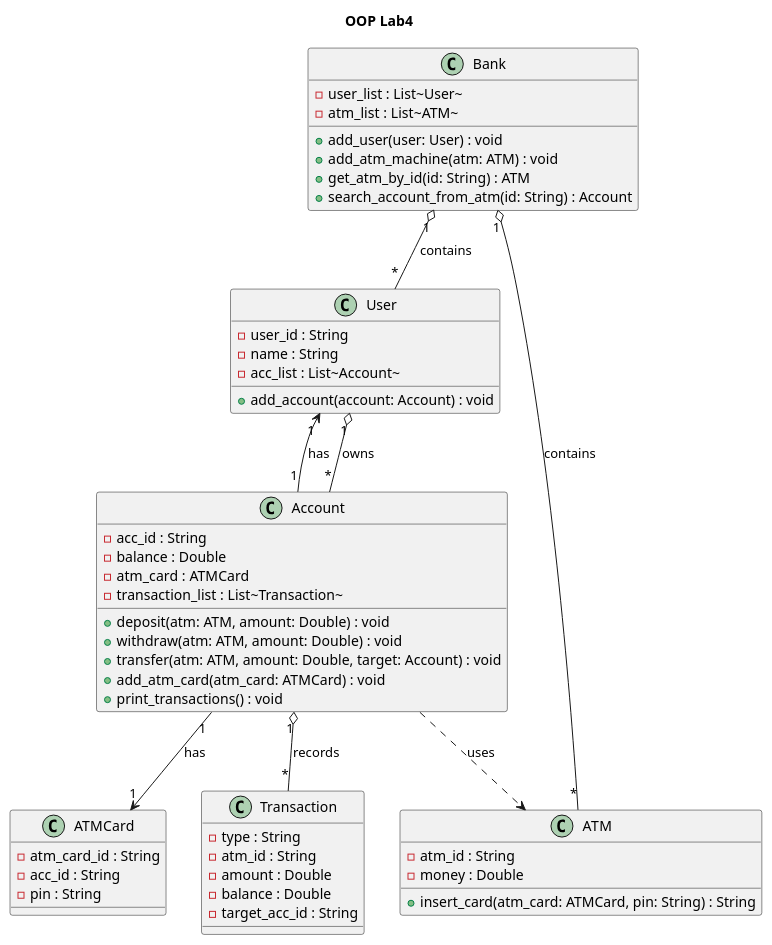
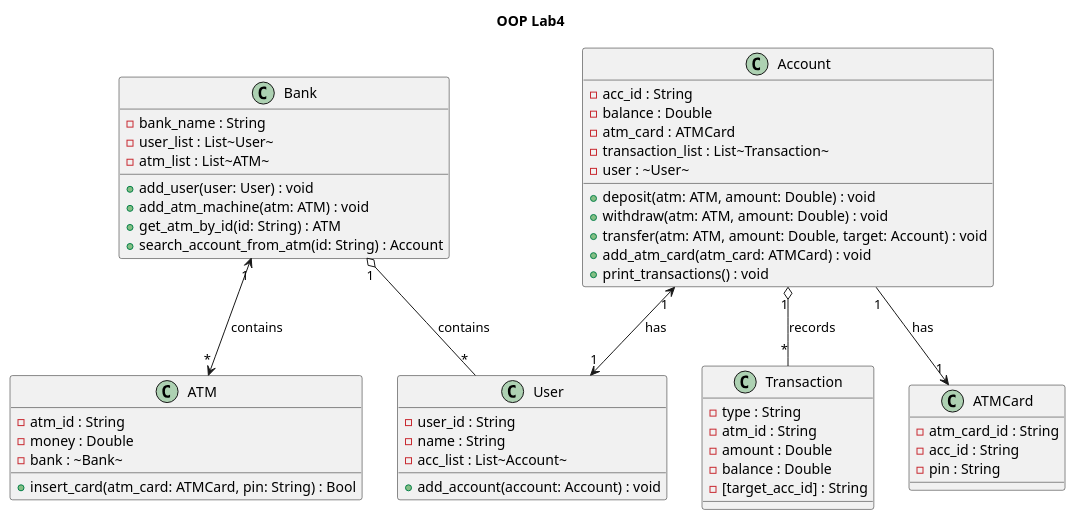
The diagram in Lab #4 Class Diagram/diagram.puml (WaroonRagwongsiri/OOP), drawn with PlantUML before and after one commit. The commit also changed 1 other file, not shown here.

```diff
--- a/Lab #4 Class Diagram/diagram.puml
+++ b/Lab #4 Class Diagram/diagram.puml
@@ -1,66 +1,66 @@
 @startuml OOP Lab4
 title OOP Lab4
 
 class Bank
 {
+	- bank_name : String
 	- user_list : List~User~
 	- atm_list : List~ATM~
 	+ add_user(user: User) : void
 	+ add_atm_machine(atm: ATM) : void
 	+ get_atm_by_id(id: String) : ATM
 	+ search_account_from_atm(id: String) : Account
 }
 
 class User
 {
 	- user_id : String
 	- name : String
 	- acc_list : List~Account~
 	+ add_account(account: Account) : void
 }
 
 class ATM
 {
 	- atm_id : String
 	- money : Double
-	+ insert_card(atm_card: ATMCard, pin: String) : String
+	- bank : ~Bank~
+	+ insert_card(atm_card: ATMCard, pin: String) : Bool
 }
 
 class ATMCard
 {
 	- atm_card_id : String
 	- acc_id : String
 	- pin : String
 }
 
 class Account
 {
 	- acc_id : String
 	- balance : Double
 	- atm_card : ATMCard
 	- transaction_list : List~Transaction~
+	- user : ~User~
 	+ deposit(atm: ATM, amount: Double) : void
 	+ withdraw(atm: ATM, amount: Double) : void
 	+ transfer(atm: ATM, amount: Double, target: Account) : void
 	+ add_atm_card(atm_card: ATMCard) : void
 	+ print_transactions() : void
 }
 
 class Transaction
 {
 	- type : String
 	- atm_id : String
 	- amount : Double
 	- balance : Double
-	- target_acc_id : String
+	- [target_acc_id] : String
 }
 
-' Relationships
 Bank "1" o-- "*" User : contains
-Bank "1" o-- "*" ATM : contains
-User "1" o-- "*" Account : owns
-Account "1" --> "1" User : has
+Bank "1" <--> "*" ATM : contains
+Account "1" <--> "1" User : has
 Account "1" --> "1" ATMCard : has
 Account "1" o-- "*" Transaction : records
-Account ..> ATM : uses
 @enduml
```
